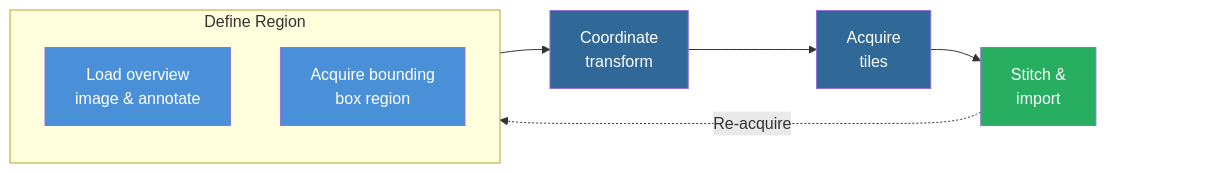
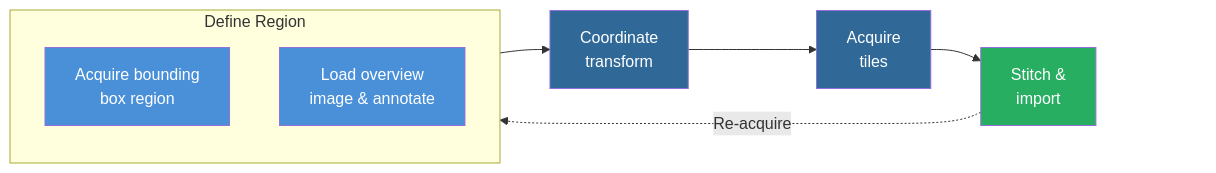
The second of 3 diagrams in README.md (uw-loci/QPSC), drawn with Mermaid before and after one commit. The commit also changed other lines of this file, not shown here.

Commit message:
Swap entry point order: bounding box first, overview second

````diff
--- a/README.md
+++ b/README.md
@@ -80,19 +80,19 @@
 ```mermaid
 flowchart LR
     subgraph Start["Define Region"]
         direction TB
+        Acq0["Acquire bounding<br/>box region"]
         Img["Load overview<br/>image & annotate"]
-        Acq0["Acquire bounding<br/>box region"]
     end
 
     Start --> Xform["Coordinate<br/>transform"] --> Acq["Acquire<br/>tiles"] --> Stitch["Stitch &<br/>import"]
     Stitch -.->|"Re-acquire"| Img
     Stitch ~~~ PAD[ ]
 
     style Img fill:#4A90D9,color:#fff
     style Acq0 fill:#4A90D9,color:#fff
     style Xform fill:#306998,color:#fff
     style Acq fill:#306998,color:#fff
     style Stitch fill:#27AE60,color:#fff
     style PAD fill:none,stroke:none,color:none
 ```
````
